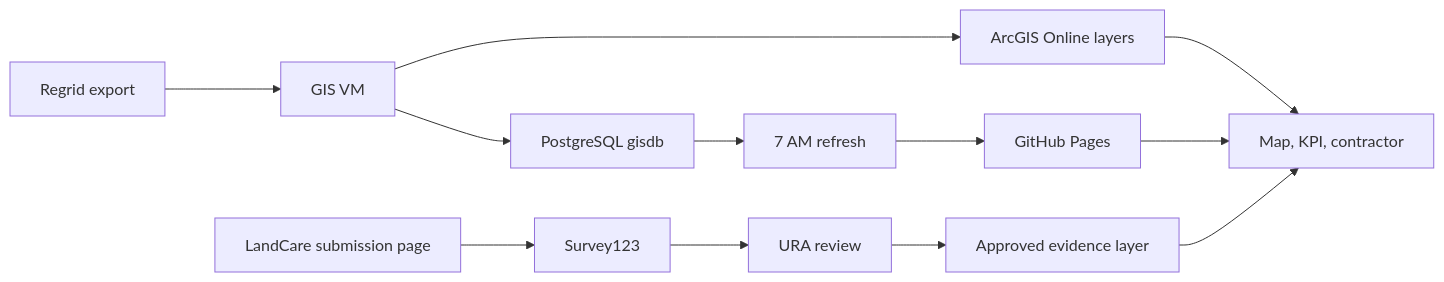
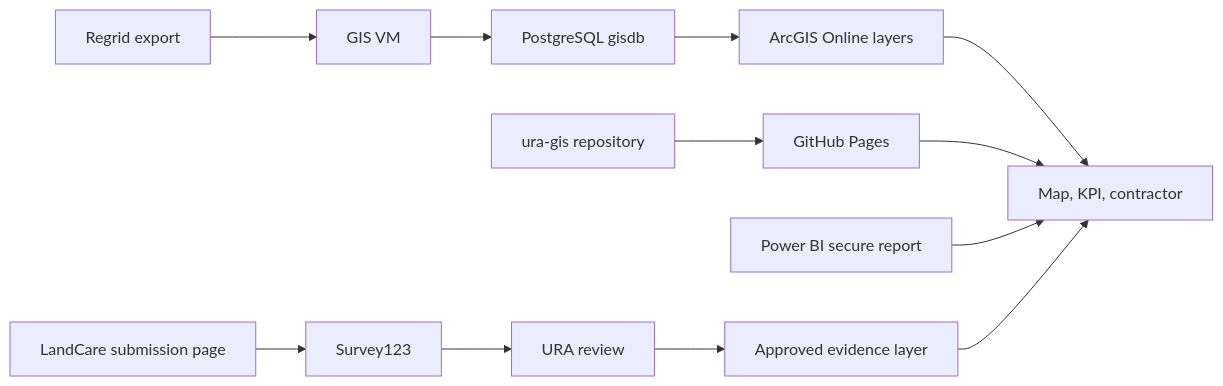
Before and after one commit to rutomo-ura/land-care-assurance: the diagram in docs/landcare-quick-handover.md, drawn with Mermaid. The commit also changed other lines of this file and 14 other files, not shown here.

````diff
--- a/docs/landcare-quick-handover.md
+++ b/docs/landcare-quick-handover.md
@@ -15,14 +15,14 @@
 ```mermaid
 flowchart LR
     Regrid["Regrid export"] --> VM["GIS VM"]
     VM --> PG["PostgreSQL gisdb"]
-    VM --> AGOL["ArcGIS Online layers"]
-    PG --> Refresh["7 AM refresh"]
-    Refresh --> Pages["GitHub Pages"]
+    PG --> AGOL["ArcGIS Online layers"]
+    Repo["ura-gis repository"] --> Pages["GitHub Pages"]
     AGOL --> App["Map, KPI, contractor"]
     Pages --> App
+    PowerBI["Power BI secure report"] --> App
     Submit["LandCare submission page"] --> Survey123["Survey123"]
     Survey123 --> Review["URA review"]
     Review --> Approved["Approved evidence layer"]
     Approved --> App
 ```
````
